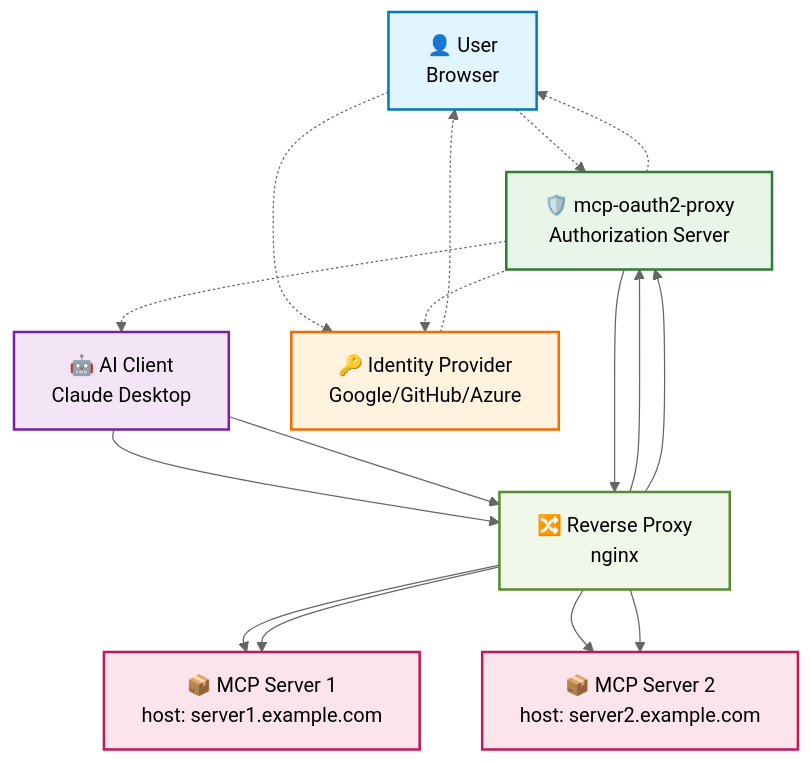
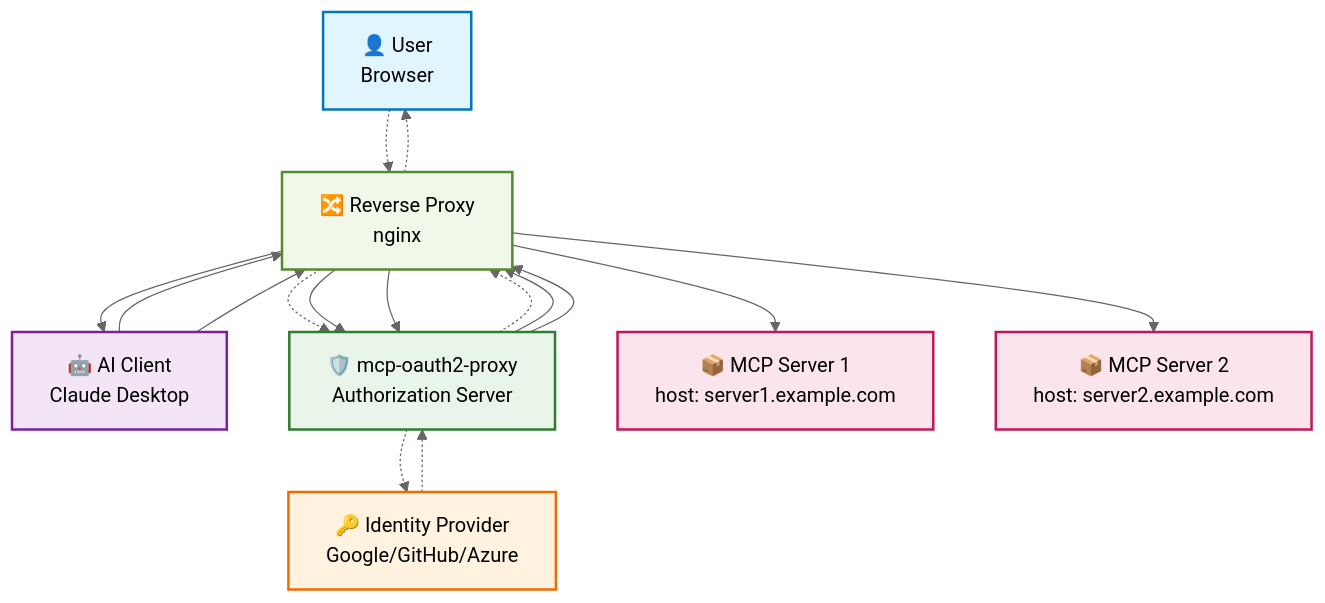
One commit to matheuscscp/mcp-oauth2-proxy changed the diagram in README.md. Above: the diagram before and after it, drawn with Mermaid (neutral theme).

````diff
--- a/README.md
+++ b/README.md
@@ -12,52 +12,46 @@
 ```mermaid
 flowchart TB
     User[👤 User<br/>Browser]
     AI[🤖 AI Client<br/>Claude Desktop]
     RP[🔀 Reverse Proxy<br/>nginx]
     Proxy[🛡️ mcp-oauth2-proxy<br/>Authorization Server]
     IdP[🔑 Identity Provider<br/>Google/GitHub/Azure]
     MCP1[📦 MCP Server 1<br/>host: server1.example.com]
     MCP2[📦 MCP Server 2<br/>host: server2.example.com]
     
-    %% User OAuth Flow with IdP
-    User -.-> IdP
-    IdP -.-> User
+    %% User OAuth Flow with IdP (via reverse proxy)
+    User -.-> RP
+    RP -.-> Proxy
+    Proxy -.-> IdP
+    IdP -.-> Proxy
+    Proxy -.-> RP
+    RP -.-> User
     
-    %% AI Client OAuth Flow with Proxy
+    %% AI Client OAuth Flow with Proxy (via reverse proxy)
     AI --> RP
     RP --> Proxy
+    Proxy --> RP
+    RP --> AI
     
-    %% Proxy acts as Authorization Server
-    Proxy -.-> User
-    User -.-> Proxy
-    Proxy -.-> AI
-    
-    %% MCP Server Access
+    %% MCP Server Access (via reverse proxy with auth)
     AI --> RP
-    RP --> MCP1
-    RP --> MCP2
-    
-    %% Authentication Check
     RP --> Proxy
     Proxy --> RP
     RP --> MCP1
     RP --> MCP2
-    
-    %% Backend IdP Communication
-    Proxy -.-> IdP
     
     %% Styling
     classDef userStyle fill:#e1f5fe,stroke:#0277bd,stroke-width:2px
     classDef aiStyle fill:#f3e5f5,stroke:#7b1fa2,stroke-width:2px
     classDef proxyStyle fill:#e8f5e8,stroke:#2e7d32,stroke-width:2px
     classDef idpStyle fill:#fff3e0,stroke:#ef6c00,stroke-width:2px
     classDef mcpStyle fill:#fce4ec,stroke:#c2185b,stroke-width:2px
     classDef rpStyle fill:#f1f8e9,stroke:#558b2f,stroke-width:2px
     
     class User userStyle
     class AI aiStyle
     class Proxy proxyStyle
     class IdP idpStyle
     class MCP1,MCP2 mcpStyle
     class RP rpStyle
 ```
````
